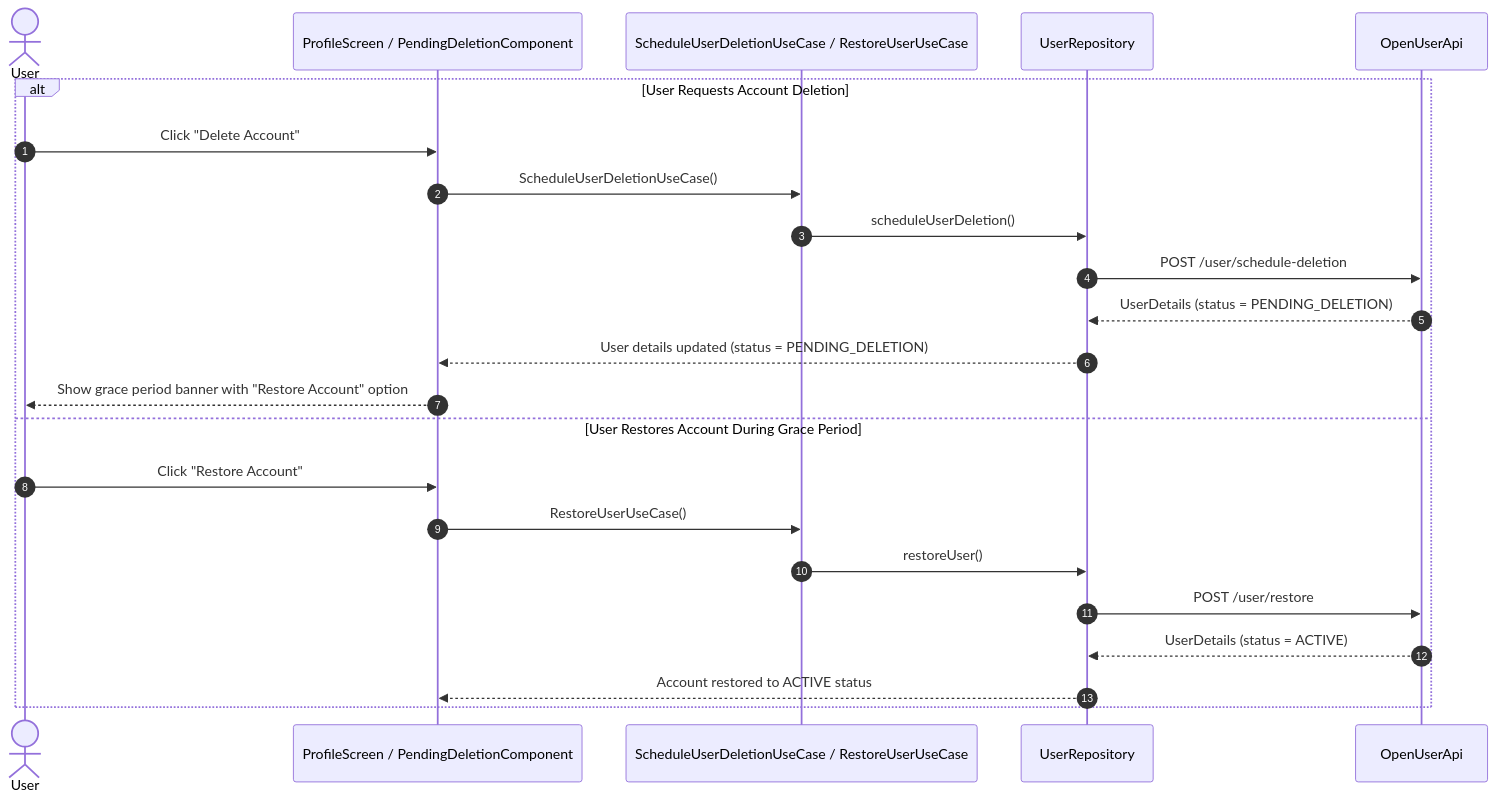
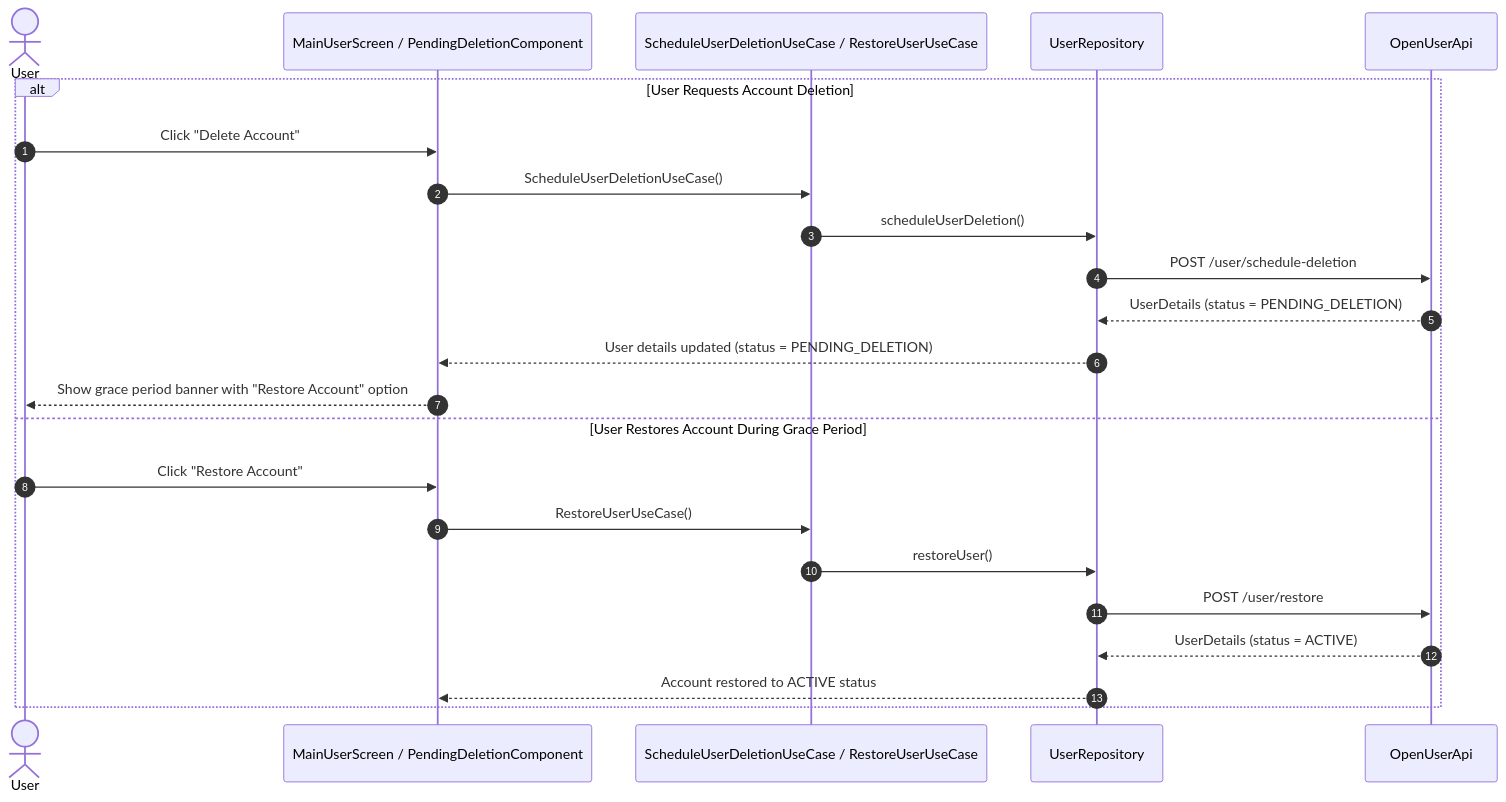
One commit to mudrichenkoevgeny/kmp-platform-sdk changed the third of 3 diagrams in docs/architecture/flows/account_management_flows.md. Above: the diagram before and after it, drawn with Mermaid. The commit also changed other lines of this file and 175 other files, not shown here.

````diff
--- a/docs/architecture/flows/account_management_flows.md
+++ b/docs/architecture/flows/account_management_flows.md
@@ -90,26 +90,26 @@
 ```mermaid
 sequenceDiagram
     autonumber
     actor User
-    participant UI as ProfileScreen / PendingDeletionComponent
+    participant UI as MainUserScreen / PendingDeletionComponent
     participant UC as ScheduleUserDeletionUseCase / RestoreUserUseCase
     participant Repo as UserRepository
     participant API as OpenUserApi
 
     alt User Requests Account Deletion
         User->>UI: Click "Delete Account"
         UI->>UC: ScheduleUserDeletionUseCase()
         UC->>Repo: scheduleUserDeletion()
         Repo->>API: POST /user/schedule-deletion
         API-->>Repo: UserDetails (status = PENDING_DELETION)
         Repo-->>UI: User details updated (status = PENDING_DELETION)
         UI-->>User: Show grace period banner with "Restore Account" option
     else User Restores Account During Grace Period
         User->>UI: Click "Restore Account"
         UI->>UC: RestoreUserUseCase()
         UC->>Repo: restoreUser()
         Repo->>API: POST /user/restore
         API-->>Repo: UserDetails (status = ACTIVE)
         Repo-->>UI: Account restored to ACTIVE status
     end
 ```
````
